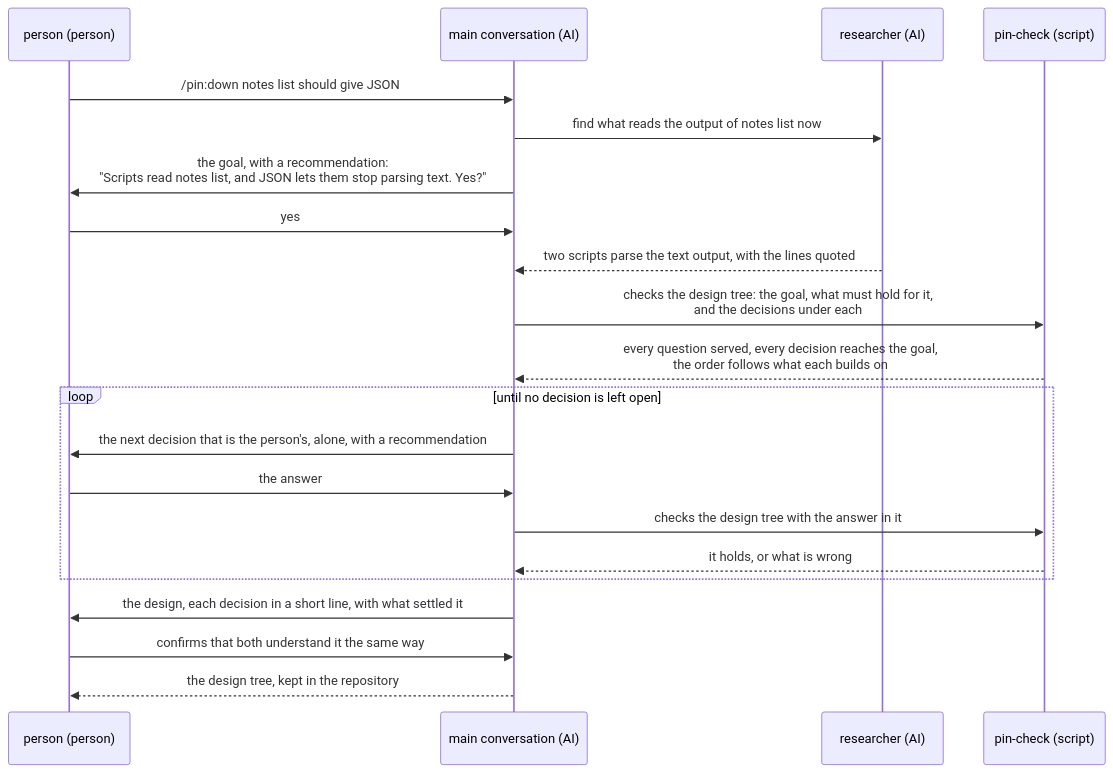
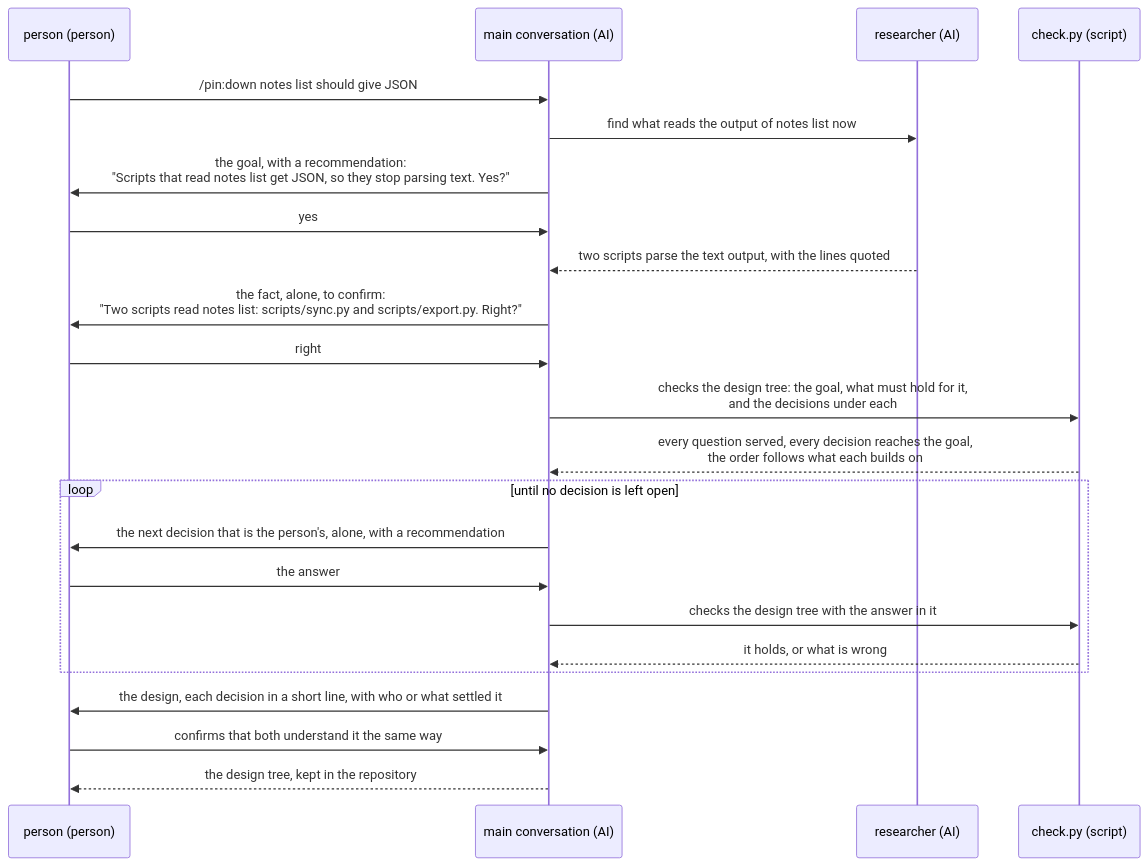
The first of 2 diagrams in dev/pin/ux.md (lovaizu/ccpm), drawn with Mermaid before and after one commit. The commit also changed other lines of this file and 2 other files, not shown here.

First line of the commit message:
pin: the check script in scripts/, in one form across versions; each fact shown as it is found; a caller's role runs pin:down itself

````diff
--- a/dev/pin/ux.md
+++ b/dev/pin/ux.md
@@ -49,23 +50,25 @@
 ```mermaid
 sequenceDiagram
   participant P as person (person)
   participant M as main conversation (AI)
   participant R as researcher (AI)
-  participant C as pin-check (script)
+  participant C as check.py (script)
   P->>M: /pin:down notes list should give JSON
   M->>R: find what reads the output of notes list now
-  M->>P: the goal, with a recommendation:<br>"Scripts read notes list, and JSON lets them stop parsing text. Yes?"
+  M->>P: the goal, with a recommendation:<br>"Scripts that read notes list get JSON, so they stop parsing text. Yes?"
   P->>M: yes
   R-->>M: two scripts parse the text output, with the lines quoted
+  M->>P: the fact, alone, to confirm:<br>"Two scripts read notes list: scripts/sync.py and scripts/export.py. Right?"
+  P->>M: right
   M->>C: checks the design tree: the goal, what must hold for it,<br>and the decisions under each
   C-->>M: every question served, every decision reaches the goal,<br>the order follows what each builds on
   loop until no decision is left open
     M->>P: the next decision that is the person's, alone, with a recommendation
     P->>M: the answer
     M->>C: checks the design tree with the answer in it
     C-->>M: it holds, or what is wrong
   end
-  M->>P: the design, each decision in a short line, with what settled it
+  M->>P: the design, each decision in a short line, with who or what settled it
   P->>M: confirms that both understand it the same way
   M-->>P: the design tree, kept in the repository
 ```
````
